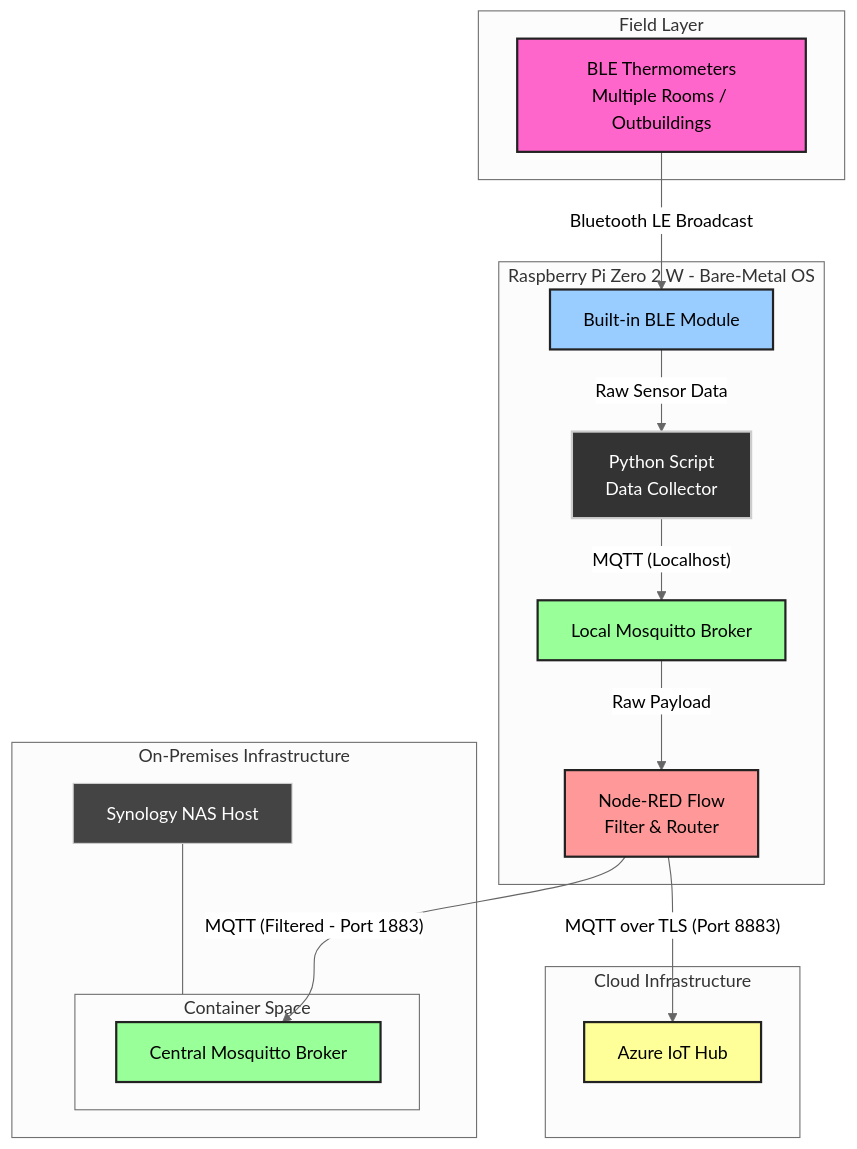
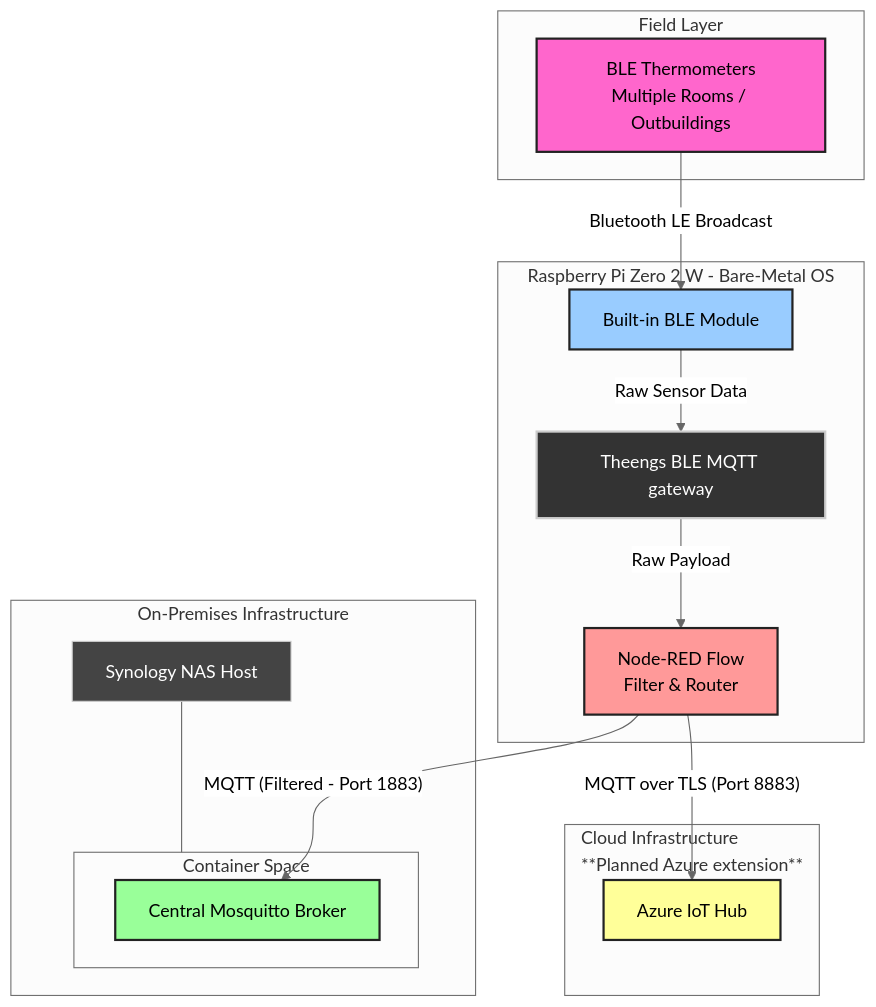
The diagram in README.md (dkazubek/BTGateway), drawn with Mermaid (neutral theme) before and after one commit. The commit also changed other lines of this file and 2 other files, not shown here.

````diff
--- a/README.md
+++ b/README.md
@@ -14,44 +19,41 @@
 ```mermaid
 graph TD
     subgraph Sensors [Field Layer]
         BT[BLE Thermometers<br/>Multiple Rooms / Outbuildings]
     end
 
     subgraph Edge_Gateway [Raspberry Pi Zero 2 W - Bare-Metal OS]
         BTM[Built-in BLE Module]
-        PY[Python Script<br/>Data Collector]
-        L_MQ[Local Mosquitto Broker]
+        PY[Theengs BLE MQTT gateway]
         NR[Node-RED Flow<br/>Filter & Router]
 
         BT -- "Bluetooth LE Broadcast" --> BTM
         BTM -- Raw Sensor Data --> PY
-        PY -- "MQTT (Localhost)" --> L_MQ
-        L_MQ -- "Raw Payload" --> NR
+        PY -- "Raw Payload" --> NR
     end
 
     subgraph Local_Storage [On-Premises Infrastructure]
         NAS[Synology NAS Host]
         subgraph Docker_Engine [Container Space]
             MQ[Central Mosquitto Broker]
         end
         NAS --- Docker_Engine
     end
 
-    subgraph Cloud_Storage [Cloud Infrastructure]
+    subgraph Cloud_Storage [Cloud Infrastructure</br>**Planned Azure extension**]
         AZ[Azure IoT Hub]
     end
 
     %% Data Pipeline Paths
     NR -- "MQTT (Filtered - Port 1883)" --> MQ
     NR -- "MQTT over TLS (Port 8883)" --> AZ
 
     %% High-Contrast Styling Realignment
     style BT fill:#ff66cc,stroke:#222,stroke-width:2px,color:#000000
     style BTM fill:#99ccff,stroke:#222,stroke-width:2px,color:#000000
     style PY fill:#333333,stroke:#ccc,stroke-width:2px,color:#ffffff
-    style L_MQ fill:#99ff99,stroke:#222,stroke-width:2px,color:#000000
     style NR fill:#ff9999,stroke:#222,stroke-width:2px,color:#000000
     style NAS fill:#444444,stroke:#ccc,stroke-width:1px,color:#ffffff
     style MQ fill:#99ff99,stroke:#222,stroke-width:2px,color:#000000
     style AZ fill:#ffff99,stroke:#222,stroke-width:2px,color:#000000
 ```
````
